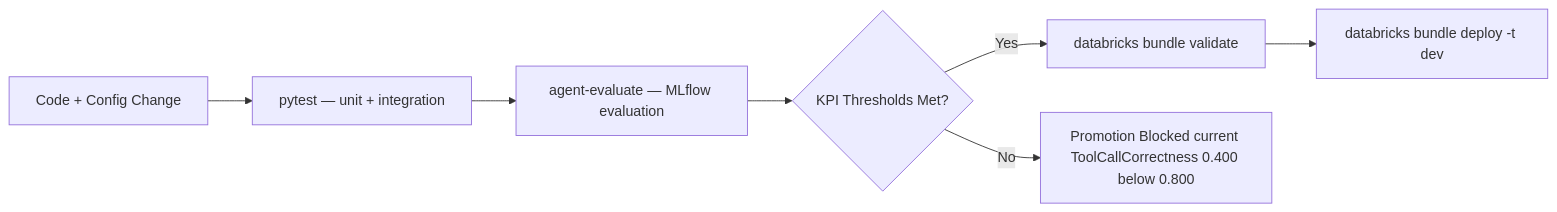
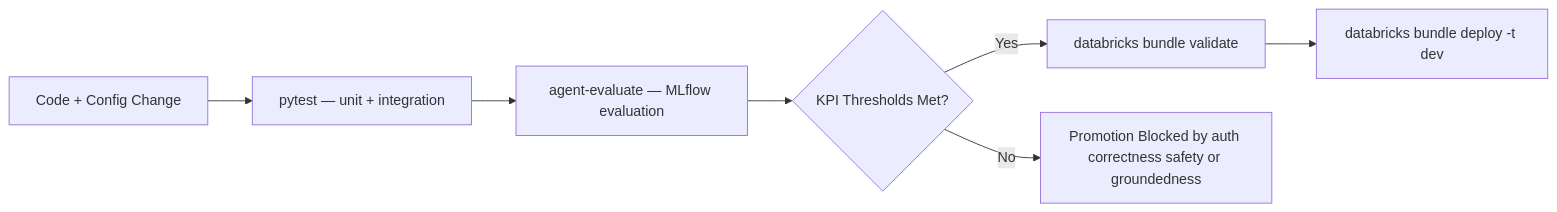
Before and after one commit to wchen-dea/Governed-Multi-Agent-Intelligence-on-Databricks: the seventh of 7 diagrams in docs/architecture/design-artifacts/04-logical-detailed.md, drawn with Mermaid. The commit also changed other lines of this file and 114 other files, not shown here.

````diff
--- a/docs/architecture/design-artifacts/04-logical-detailed.md
+++ b/docs/architecture/design-artifacts/04-logical-detailed.md
@@ -140,9 +140,9 @@
 ```mermaid
 flowchart LR
     Code[Code + Config Change] --> Test[pytest — unit + integration]
     Test --> Eval[agent-evaluate — MLflow evaluation]
     Eval --> KPI{KPI Thresholds Met?}
     KPI -- Yes --> Bundle[databricks bundle validate]
     Bundle --> Deploy[databricks bundle deploy -t dev]
-    KPI -- No --> Stop[Promotion Blocked current ToolCallCorrectness 0.400 below 0.800]
+    KPI -- No --> Stop[Promotion Blocked by auth correctness safety or groundedness]
 ```
````
